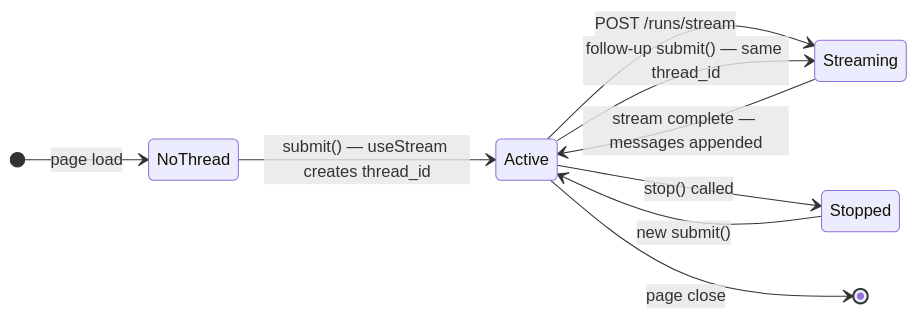
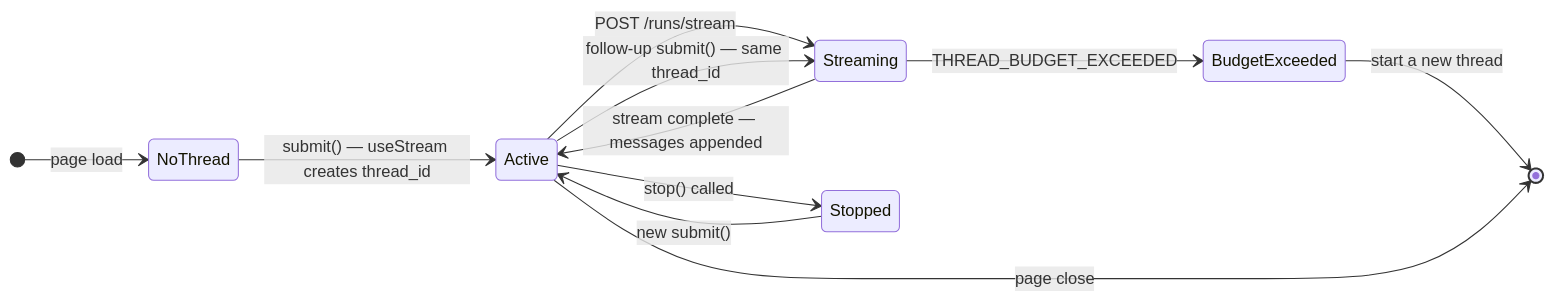
The fourth of 4 diagrams in docs/diagrams/03-fullstack-architecture.md (nhatduong-agilityio/deep-agents), drawn with Mermaid before and after one commit. The commit also changed other lines of this file and 14 other files, not shown here.

Commit message:
docs: update T-FS plan and align diagrams to new design

````diff
--- a/docs/diagrams/03-fullstack-architecture.md
+++ b/docs/diagrams/03-fullstack-architecture.md
@@ -88,12 +95,14 @@
 ```mermaid
 stateDiagram-v2
     direction LR
     [*] --> NoThread : page load
     NoThread --> Active : submit() — useStream creates thread_id
     Active --> Streaming : POST /runs/stream
     Streaming --> Active : stream complete — messages appended
     Active --> Streaming : follow-up submit() — same thread_id
     Active --> Stopped : stop() called
     Stopped --> Active : new submit()
+    Streaming --> BudgetExceeded : THREAD_BUDGET_EXCEEDED
+    BudgetExceeded --> [*] : start a new thread
     Active --> [*] : page close
 ```
````
